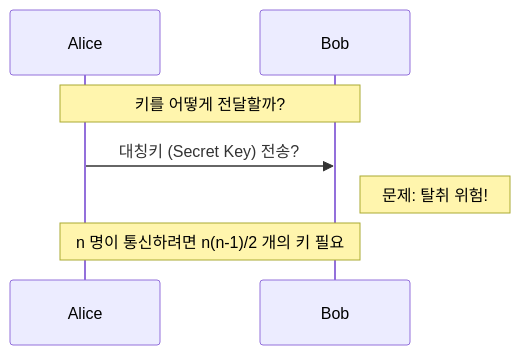
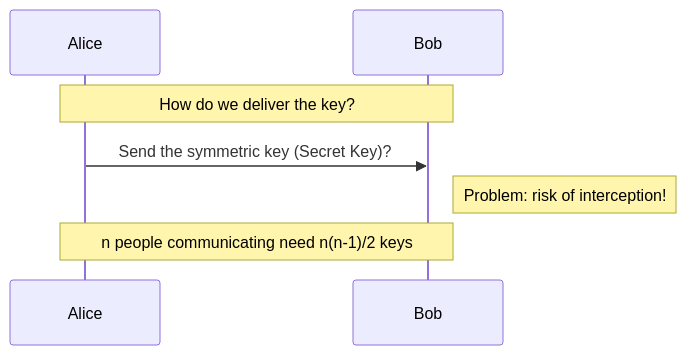
The second of 5 diagrams in content/security/01-foundation/13-crypto-basic-keys.md (jeonck/k8s-adv), drawn with Mermaid before and after one commit. The commit also changed other lines of this file and 223 other files, not shown here.

````diff
--- a/content/security/01-foundation/13-crypto-basic-keys.md
+++ b/content/security/01-foundation/13-crypto-basic-keys.md
@@ -87,9 +87,9 @@
 ```mermaid
 sequenceDiagram
     participant A as Alice
     participant B as Bob
-    Note over A,B: 키를 어떻게 전달할까?
-    A->>B: 대칭키 (Secret Key) 전송?
-    Note right of B: 문제: 탈취 위험!
-    Note over A,B: n 명이 통신하려면 n(n-1)/2 개의 키 필요
+    Note over A,B: How do we deliver the key?
+    A->>B: Send the symmetric key (Secret Key)?
+    Note right of B: Problem: risk of interception!
+    Note over A,B: n people communicating need n(n-1)/2 keys
 ```
````
